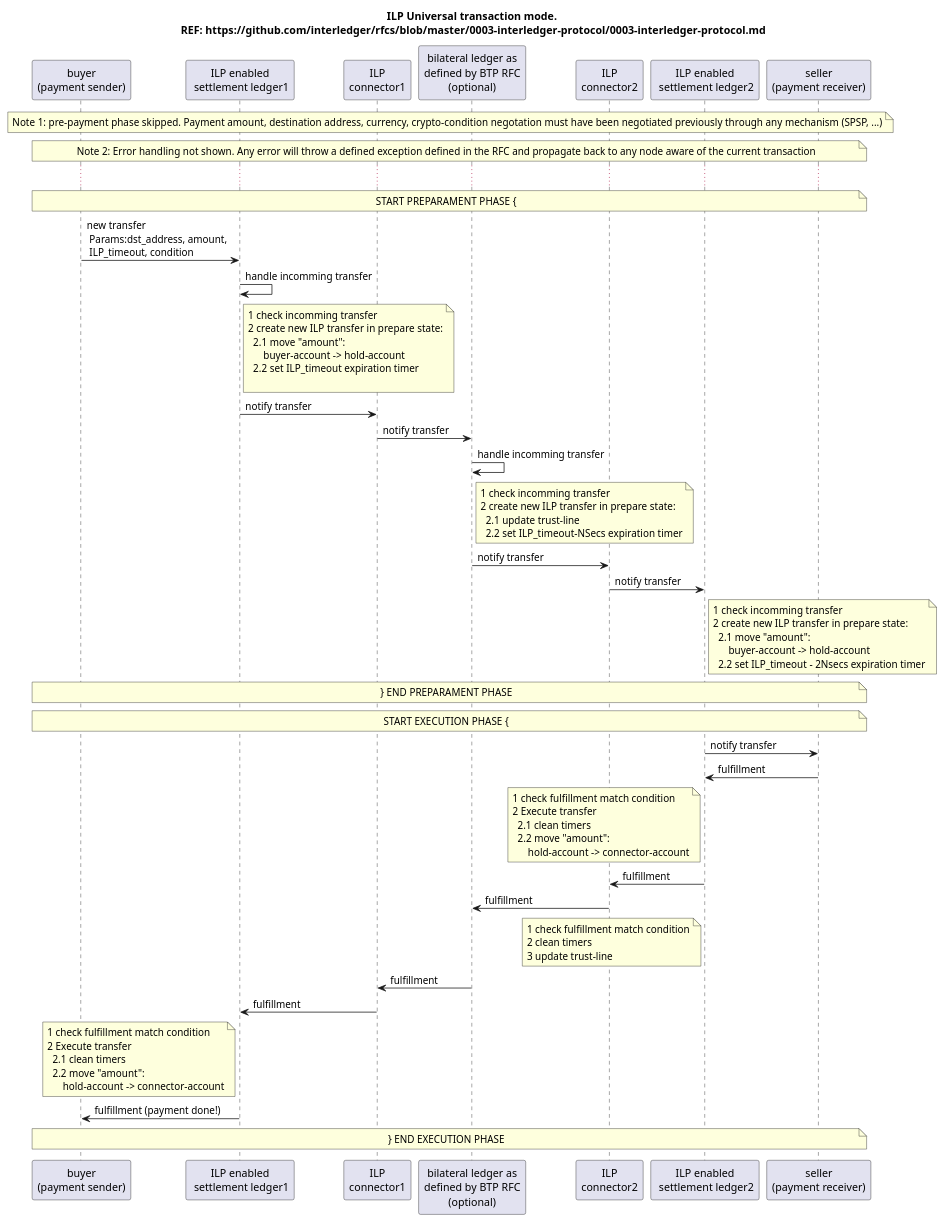
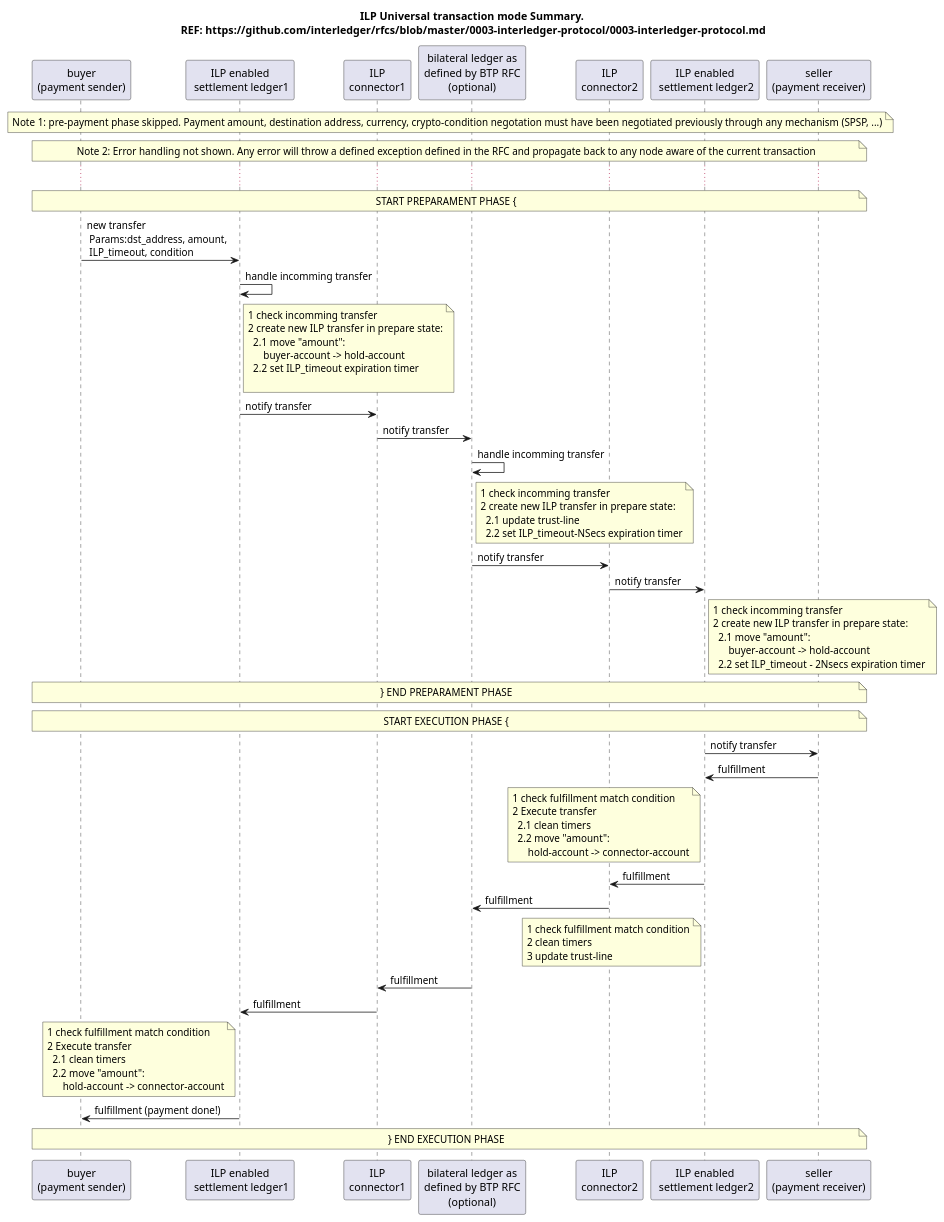
The diagram in Interledger/seq_diagram_payment_summary.pu (earizon/IT_notes), drawn with PlantUML before and after one commit. The commit also changed 2 other files, not shown here.

```diff
--- a/Interledger/seq_diagram_payment_summary.pu
+++ b/Interledger/seq_diagram_payment_summary.pu
@@ -1,80 +1,80 @@
 @startuml
-title ILP Universal transaction mode.\n REF: https://github.com/interledger/rfcs/blob/master/0003-interledger-protocol/0003-interledger-protocol.md
+title ILP Universal transaction mode Summary.\n REF: https://github.com/interledger/rfcs/blob/master/0003-interledger-protocol/0003-interledger-protocol.md
 participant "buyer\n(payment sender)" as app1
 participant "ILP enabled\n settlement ledger1" as ledger1
 participant "ILP\nconnector1" as connector1
 participant "bilateral ledger as\ndefined by BTP RFC\n(optional)" as aux_ledger
 participant "ILP\nconnector2" as connector2
 participant "ILP enabled\n settlement ledger2" as ledger2
 participant "seller\n(payment receiver)" as app2
 
 note over app1, app2: Note 1: pre-payment phase skipped. Payment amount, destination address, currency, crypto-condition negotation must have been negotiated previously through any mechanism (SPSP, ...)
 note over app1, app2: Note 2: Error handling not shown. Any error will throw a defined exception defined in the RFC and propagate back to any node aware of the current transaction
 ...
 note over app1, app2: START PREPARAMENT PHASE {
 
 app1 -> ledger1    : new transfer\n Params:dst_address, amount,\n ILP_timeout, condition
 ledger1 -> ledger1 : handle incomming transfer
 note right of ledger1
   1 check incomming transfer
   2 create new ILP transfer in prepare state:
     2.1 move "amount":
         buyer-account -> hold-account
     2.2 set ILP_timeout expiration timer
         
 end note
 
 ledger1 -> connector1 : notify transfer
 connector1 -> aux_ledger : notify transfer
 aux_ledger -> aux_ledger : handle incomming transfer
 note right of aux_ledger
   1 check incomming transfer
   2 create new ILP transfer in prepare state:
     2.1 update trust-line 
     2.2 set ILP_timeout-NSecs expiration timer
 end note
 aux_ledger -> connector2: notify transfer
 connector2 -> ledger2 : notify transfer
 note right of ledger2
   1 check incomming transfer
   2 create new ILP transfer in prepare state:
     2.1 move "amount":
         buyer-account -> hold-account
     2.2 set ILP_timeout - 2Nsecs expiration timer
 end note
 
 note over app1, app2: } END PREPARAMENT PHASE
 
 note over app1, app2: START EXECUTION PHASE {
 ledger2 -> app2: notify transfer
 app2 -> ledger2: fulfillment
 note left of ledger2
   1 check fulfillment match condition
   2 Execute transfer
     2.1 clean timers
     2.2 move "amount":
         hold-account -> connector-account
 end note
 
 ledger2 -> connector2: fulfillment
 connector2 -> aux_ledger: fulfillment
 note left of ledger2
   1 check fulfillment match condition
   2 clean timers
   3 update trust-line
 end note
 aux_ledger -> connector1: fulfillment
 connector1 -> ledger1: fulfillment
 note left of ledger1
   1 check fulfillment match condition
   2 Execute transfer
     2.1 clean timers
     2.2 move "amount":
         hold-account -> connector-account
 end note
   
 ledger1 -> app1: fulfillment (payment done!) 
 
 note over app1, app2: } END EXECUTION PHASE 
 
 @enduml
```
